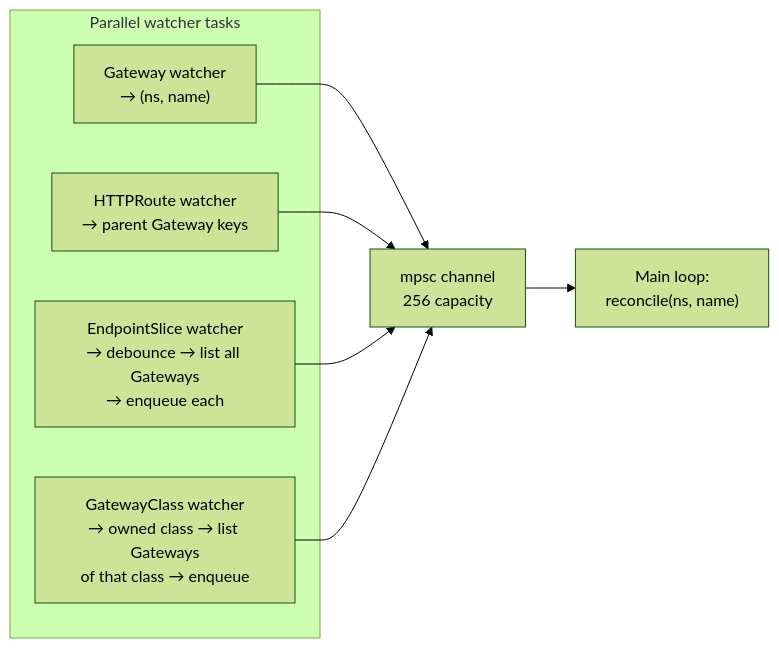
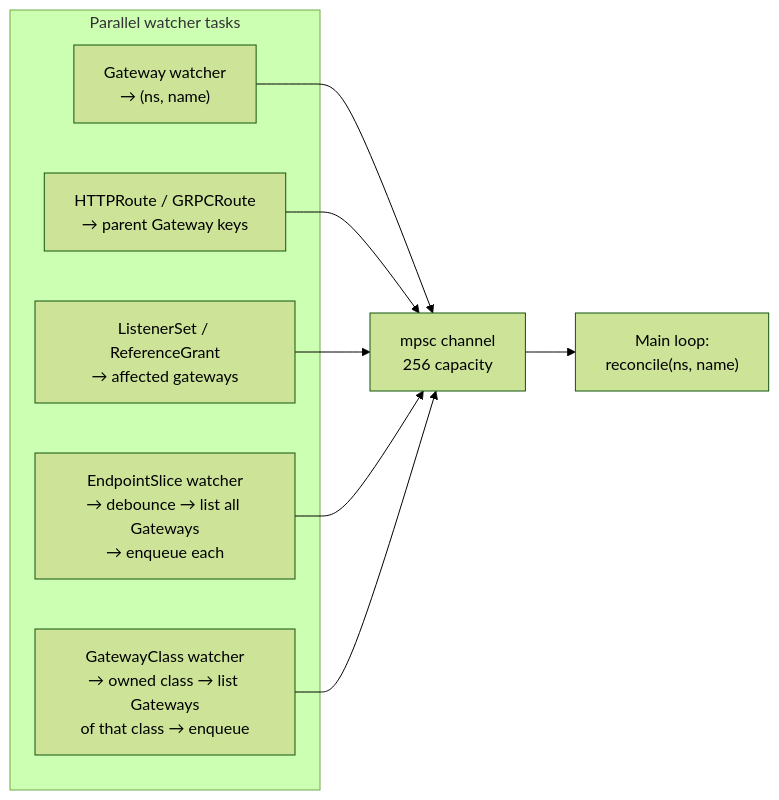
One commit to aslakknutsen/ugwc changed the fourth of 6 diagrams in docs/architecture.md. Above: the diagram before and after it, drawn with Mermaid (forest theme). The commit also changed other lines of this file and 19 other files, not shown here.

First line of the commit message:
feat(gateway-api): add GRPCRoute support end-to-end

````diff
--- a/docs/architecture.md
+++ b/docs/architecture.md
@@ -122,18 +122,20 @@
 ```mermaid
 flowchart LR
     subgraph watchers["Parallel watcher tasks"]
         W1["Gateway watcher\n→ (ns, name)"]
-        W2["HTTPRoute watcher\n→ parent Gateway keys"]
-        W3["EndpointSlice watcher\n→ debounce → list all Gateways\n→ enqueue each"]
-        W4["GatewayClass watcher\n→ owned class → list Gateways\nof that class → enqueue"]
+        W2["HTTPRoute / GRPCRoute\n→ parent Gateway keys"]
+        W3["ListenerSet / ReferenceGrant\n→ affected gateways"]
+        W4["EndpointSlice watcher\n→ debounce → list all Gateways\n→ enqueue each"]
+        W5["GatewayClass watcher\n→ owned class → list Gateways\nof that class → enqueue"]
     end
 
     Q["mpsc channel\n256 capacity"]
     Loop["Main loop:\nreconcile(ns, name)"]
 
     W1 --> Q
     W2 --> Q
     W3 --> Q
     W4 --> Q
+    W5 --> Q
     Q --> Loop
 ```
````
